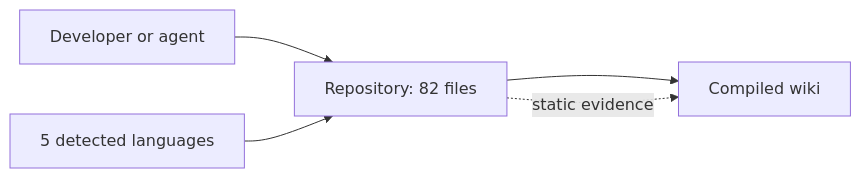
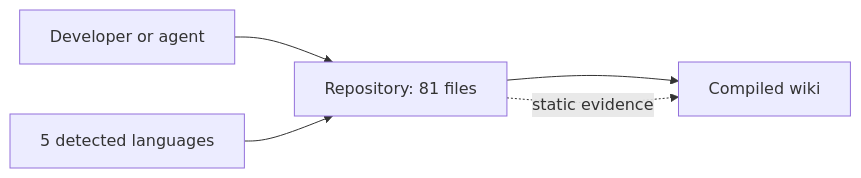
Before and after one commit to NMA-vc/klaar: the first of 4 diagrams in .klaar/wiki/technical/architecture.md, drawn with Mermaid. The commit also changed other lines of this file and 24 other files, not shown here.

````diff
--- a/.klaar/wiki/technical/architecture.md
+++ b/.klaar/wiki/technical/architecture.md
@@ -79,7 +79,7 @@
 ```mermaid
 flowchart LR
-  developer[Developer or agent] --> repository[Repository: 82 files]
+  developer[Developer or agent] --> repository[Repository: 81 files]
   repository --> artifacts[Compiled wiki]
   repository -. static evidence .-> artifacts
   languages[5 detected languages] --> repository
 ```
````
